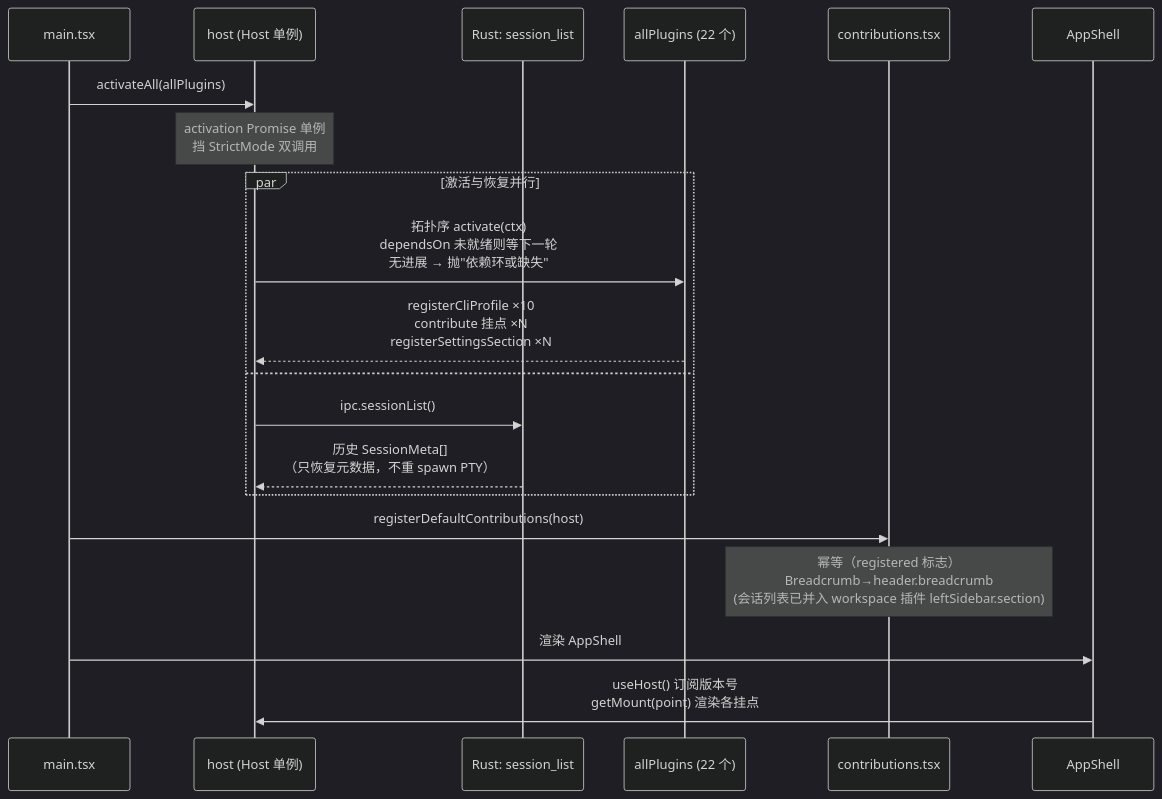
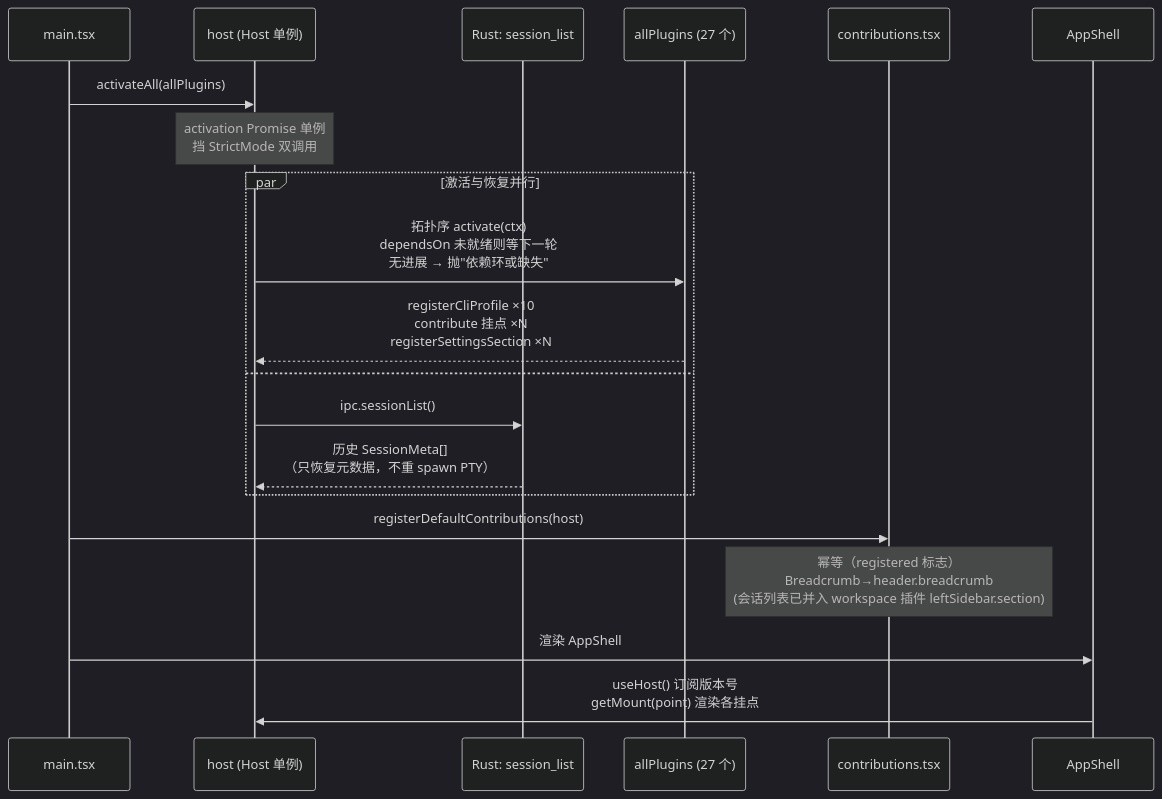
One commit to chenxiangning/tmd-cli changed the second of 8 diagrams in docs/architecture/02-code-architecture.md. Above: the diagram before and after it, drawn with Mermaid (dark theme). The commit also changed other lines of this file and 12 other files, not shown here.

````diff
--- a/docs/architecture/02-code-architecture.md
+++ b/docs/architecture/02-code-architecture.md
@@ -123,23 +123,23 @@
 ```mermaid
 sequenceDiagram
     participant M as main.tsx
     participant H as host (Host 单例)
     participant R as Rust: session_list
-    participant P as allPlugins (22 个)
+    participant P as allPlugins (27 个)
     participant C as contributions.tsx
     participant A as AppShell
 
     M->>H: activateAll(allPlugins)
     Note over H: activation Promise 单例<br/>挡 StrictMode 双调用
     par 激活与恢复并行
         H->>P: 拓扑序 activate(ctx)<br/>dependsOn 未就绪则等下一轮<br/>无进展 → 抛"依赖环或缺失"
         P-->>H: registerCliProfile ×10<br/>contribute 挂点 ×N<br/>registerSettingsSection ×N
     and
         H->>R: ipc.sessionList()
         R-->>H: 历史 SessionMeta[]<br/>（只恢复元数据，不重 spawn PTY）
     end
     M->>C: registerDefaultContributions(host)
     Note over C: 幂等（registered 标志）<br/>Breadcrumb→header.breadcrumb<br/>(会话列表已并入 workspace 插件 leftSidebar.section)
     M->>A: 渲染 AppShell
     A->>H: useHost() 订阅版本号<br/>getMount(point) 渲染各挂点
 ```
````
